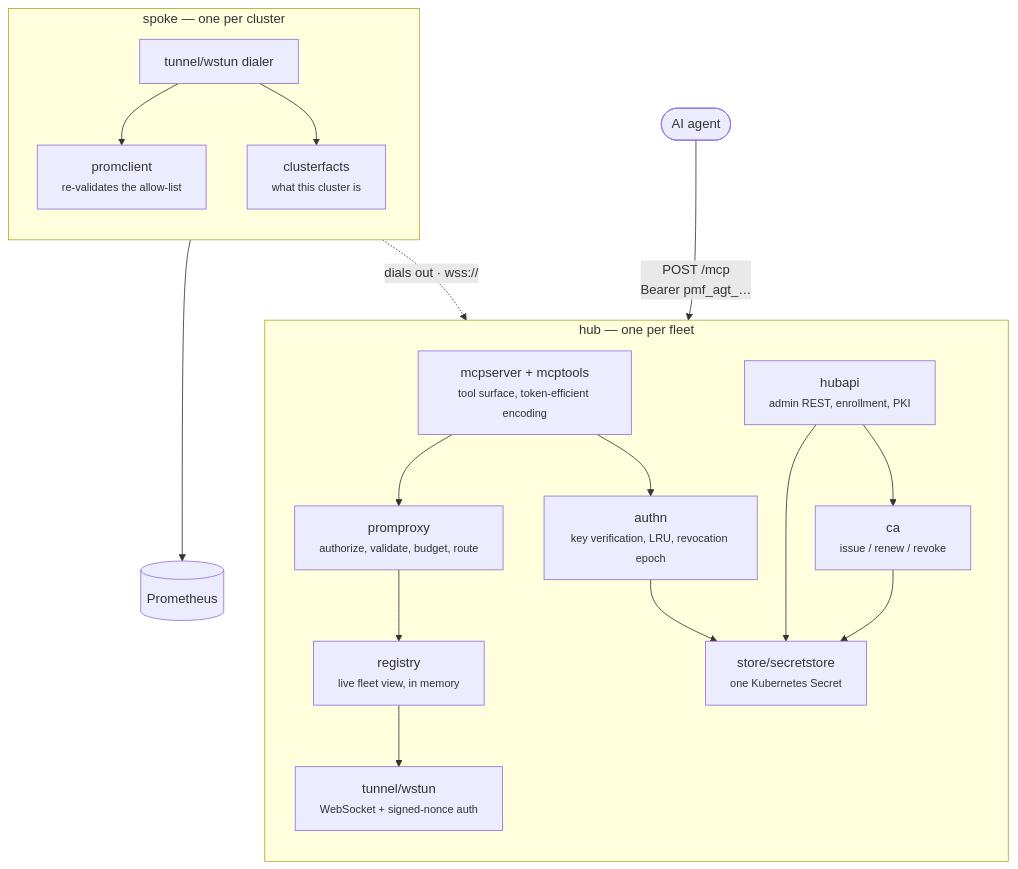
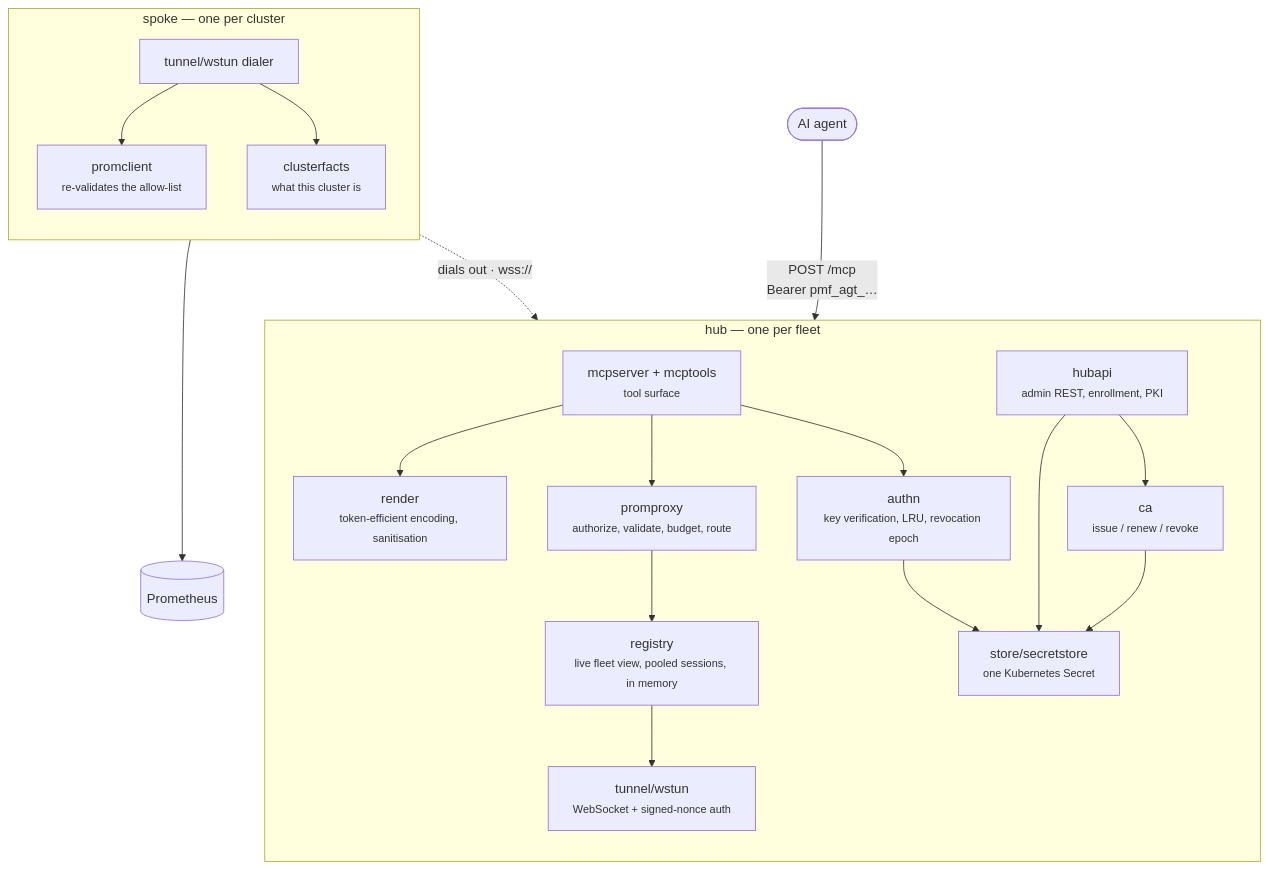
Before and after one commit to jacoknapp/prometheus-mcp-fleet: the first of 4 diagrams in docs/architecture.md, drawn with Mermaid. The commit also changed other lines of this file and 24 other files, not shown here.

````diff
--- a/docs/architecture.md
+++ b/docs/architecture.md
@@ -49,36 +49,38 @@
 ```mermaid
 flowchart TB
     subgraph hub ["hub — one per fleet"]
         direction TB
-        MCP["mcpserver + mcptools<br/><small>tool surface, token-efficient encoding</small>"]
+        MCP["mcpserver + mcptools<br/><small>tool surface</small>"]
+        REND["render<br/><small>token-efficient encoding, sanitisation</small>"]
         AUTHN["authn<br/><small>key verification, LRU, revocation epoch</small>"]
         PROXY["promproxy<br/><small>authorize, validate, budget, route</small>"]
-        REG["registry<br/><small>live fleet view, in memory</small>"]
+        REG["registry<br/><small>live fleet view, pooled sessions, in memory</small>"]
         LIS["tunnel/wstun<br/><small>WebSocket + signed-nonce auth</small>"]
         API["hubapi<br/><small>admin REST, enrollment, PKI</small>"]
         CA["ca<br/><small>issue / renew / revoke</small>"]
         ST["store/secretstore<br/><small>one Kubernetes Secret</small>"]
 
         MCP --> AUTHN
         MCP --> PROXY
+        MCP --> REND
         PROXY --> REG
         REG --> LIS
         API --> CA
         API --> ST
         AUTHN --> ST
         CA --> ST
     end
 
     subgraph spoke ["spoke — one per cluster"]
         direction TB
         DIAL["tunnel/wstun dialer"]
         PC["promclient<br/><small>re-validates the allow-list</small>"]
         CF["clusterfacts<br/><small>what this cluster is</small>"]
         DIAL --> PC
         DIAL --> CF
     end
 
     AGENT(["AI agent"]) -->|"POST /mcp<br/>Bearer pmf_agt_…"| MCP
     DIAL -.->|"dials out · wss://"| LIS
     PC --> PROMETHEUS[("Prometheus")]
 ```
````
